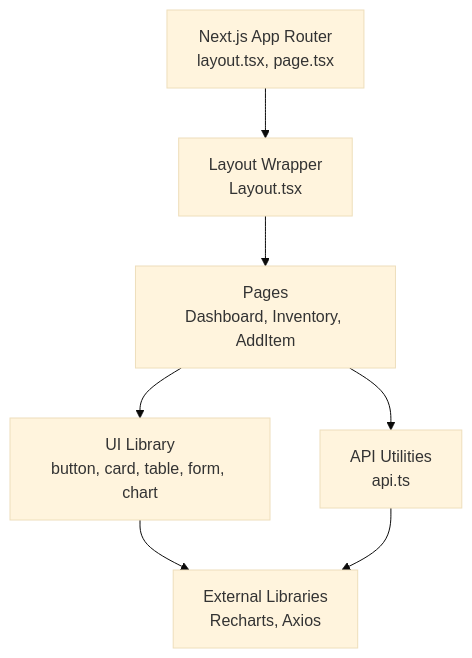
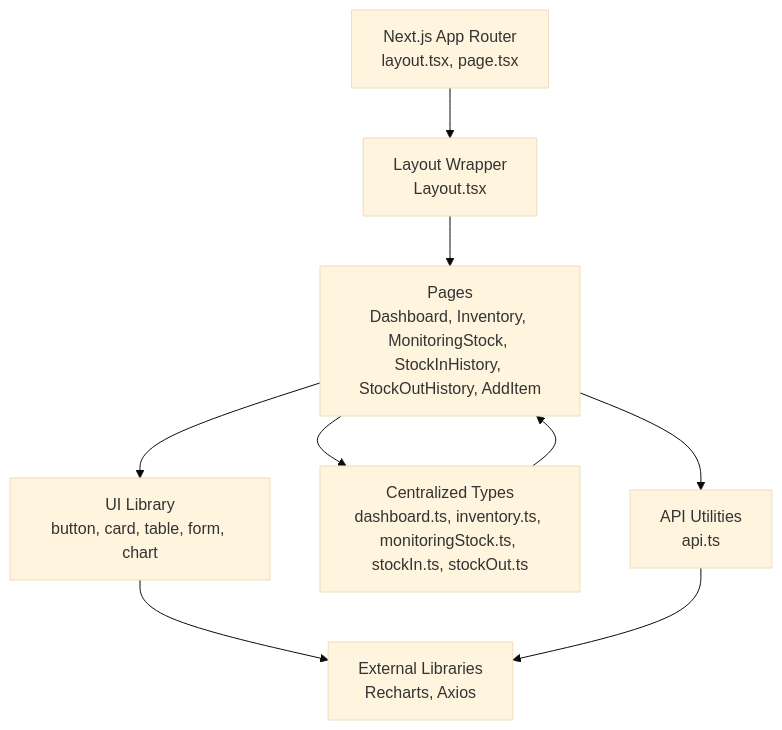
One commit to haidarqawama/PPA-klinik-amc changed the second of 8 diagrams in .qoder/repowiki/en/content/Frontend Architecture/Component System & Organization/Component System & Organization.md. Above: the diagram before and after it, drawn with Mermaid (base theme). The commit also changed other lines of this file and 58 other files, not shown here.

````diff
--- a/.qoder/repowiki/en/content/Frontend Architecture/Component System & Organization/Component System & Organization.md
+++ b/.qoder/repowiki/en/content/Frontend Architecture/Component System & Organization/Component System & Organization.md
@@ -183,15 +263,18 @@
 ```mermaid
 graph TB
 APP["Next.js App Router<br/>layout.tsx, page.tsx"]
 WRAP["Layout Wrapper<br/>Layout.tsx"]
 UI["UI Library<br/>button, card, table, form, chart"]
-PAGES["Pages<br/>Dashboard, Inventory, AddItem"]
+PAGES["Pages<br/>Dashboard, Inventory, MonitoringStock, StockInHistory, StockOutHistory, AddItem"]
+TYPES["Centralized Types<br/>dashboard.ts, inventory.ts, monitoringStock.ts, stockIn.ts, stockOut.ts"]
 API["API Utilities<br/>api.ts"]
 EXT["External Libraries<br/>Recharts, Axios"]
 APP --> WRAP
 WRAP --> PAGES
 PAGES --> UI
+PAGES --> TYPES
 PAGES --> API
 UI --> EXT
 API --> EXT
+TYPES --> PAGES
 ```
````
